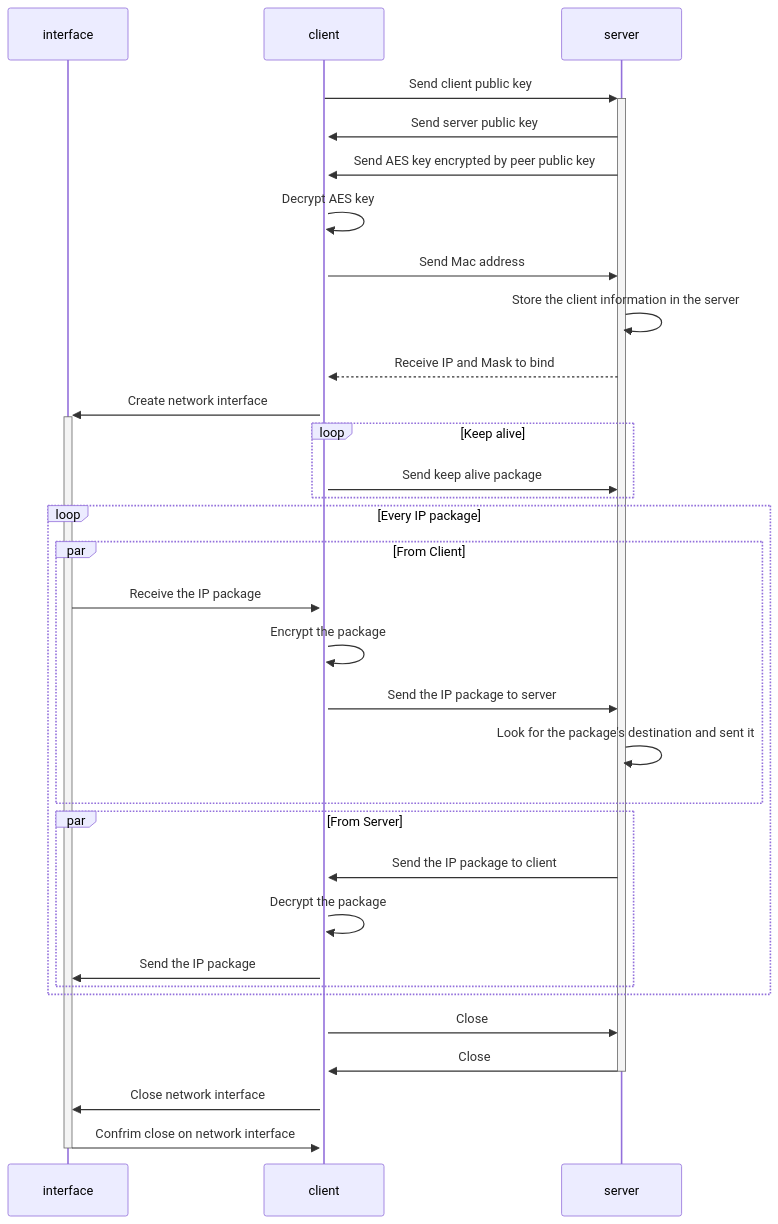
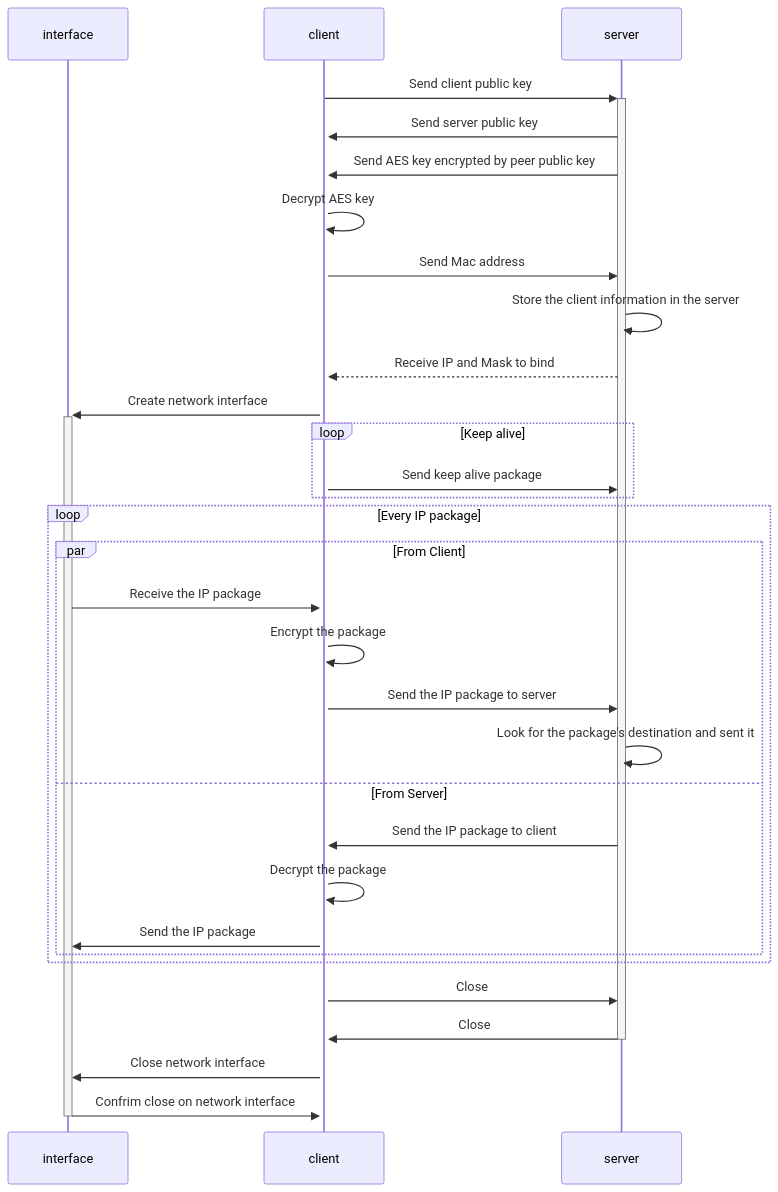
The diagram in README.md (henrybarreto/minivpn), drawn with Mermaid before and after one commit.

Commit message:
fix diagram parallel notion

````diff
--- a/README.md
+++ b/README.md
@@ -28,37 +28,36 @@
 ```mermaid
 sequenceDiagram
 participant interface
 participant client
 participant server
 client ->>+ server: Send client public key
 server ->>+ client: Send server public key
 server ->> client: Send AES key encrypted by peer public key
 client ->> client: Decrypt AES key
 client ->> server: Send Mac address
 server ->> server: Store the client information in the server
 server -->> client: Receive IP and Mask to bind
 client ->>+ interface: Create network interface
 
 loop Keep alive
     client ->> server: Send keep alive package
 end
 
 loop Every IP package
     par From Client
     interface ->> client: Receive the IP package
     client ->> client: Encrypt the package
     client ->> server: Send the IP package to server
     server ->> server: Look for the package's destination and sent it
-    end
-    par From Server
+    and From Server
     server ->> client: Send the IP package to client
     client ->> client: Decrypt the package
     client ->> interface: Send the IP package
     end
 end
 
 client ->> server: Close
 server ->>- client: Close
 client ->> interface: Close network interface
 interface ->>- client: Confrim close on network interface
 ```
````
